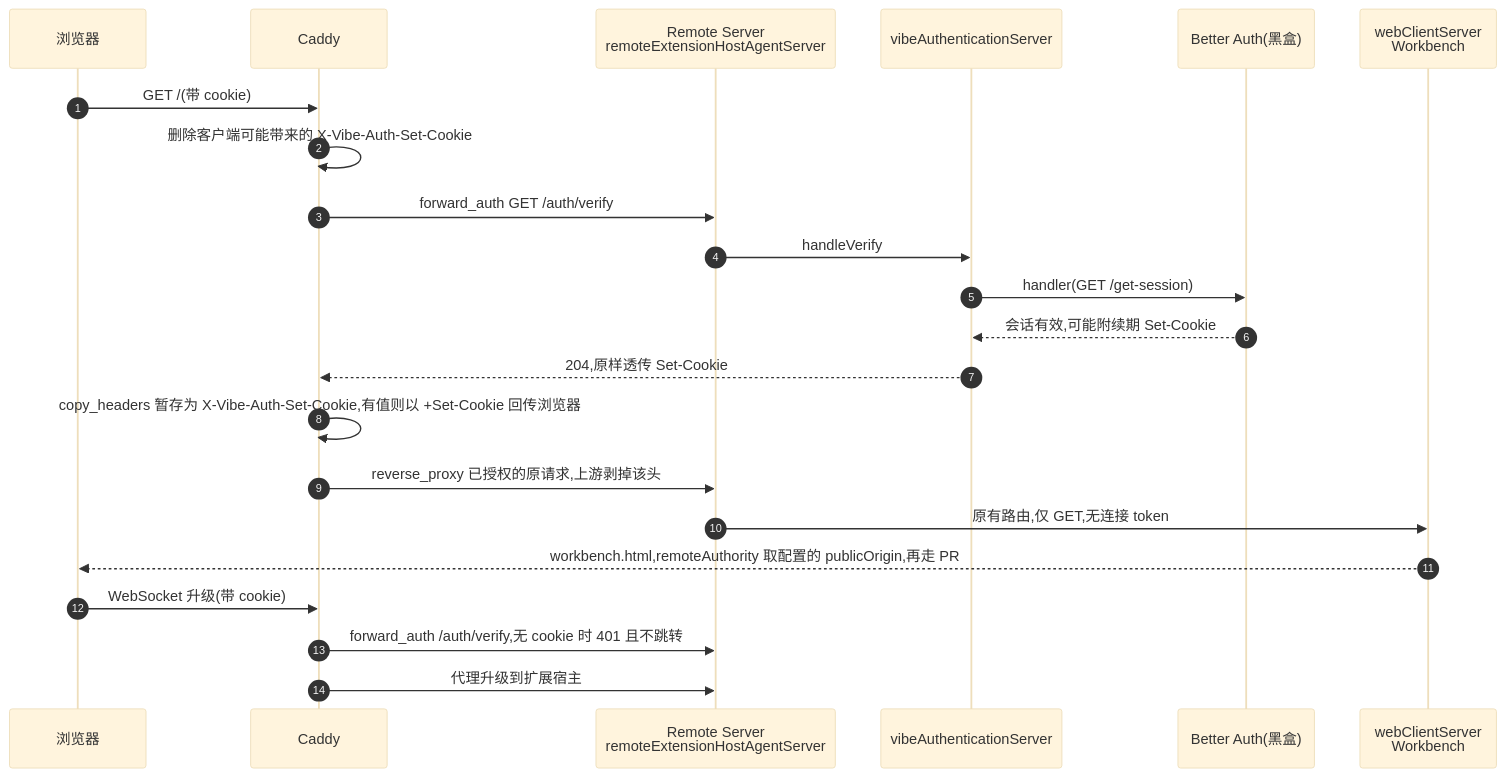
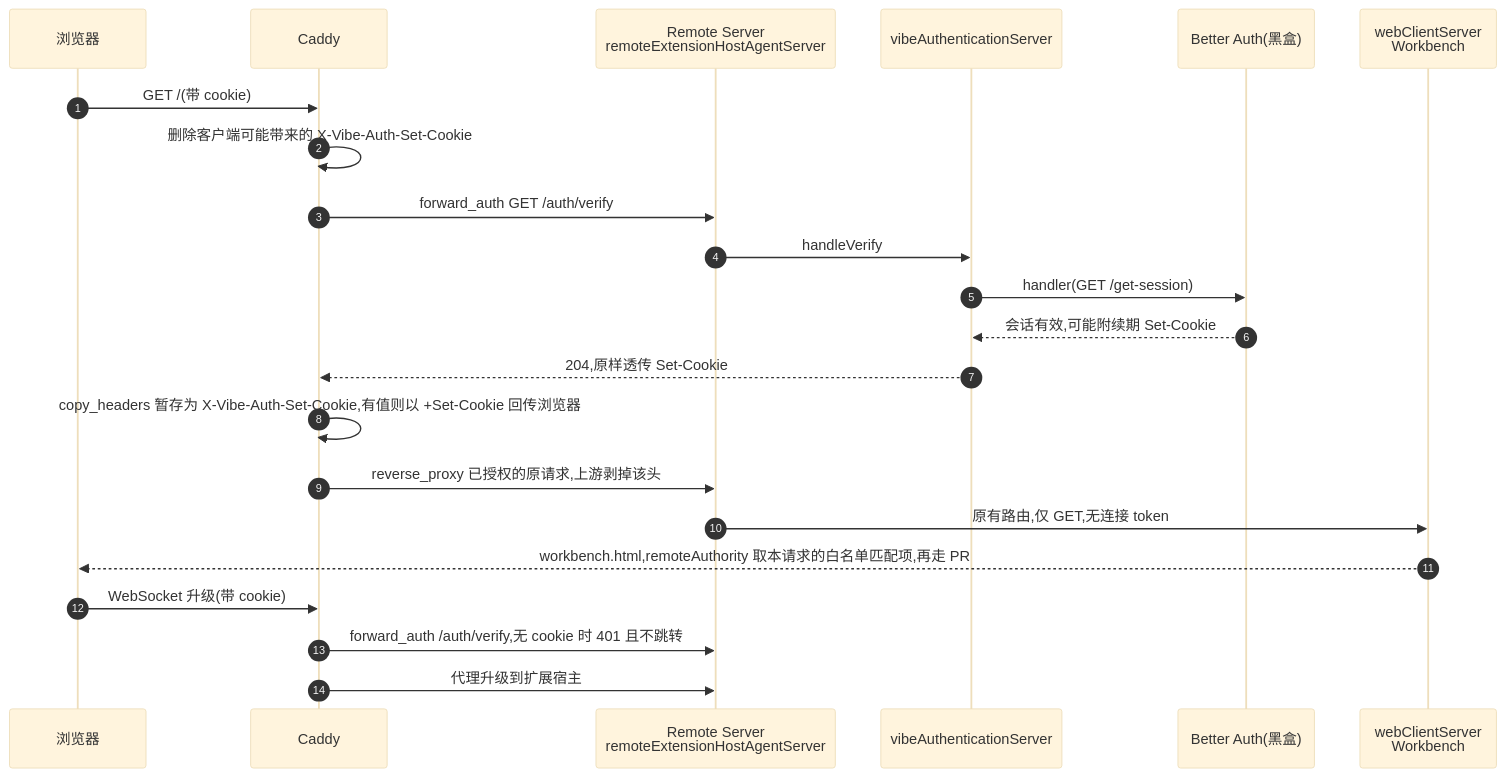
One commit to ActivePeter/vibe-vscode changed the ninth of 12 diagrams in vibe_vscode_doc/design/login_authentication.md. Above: the diagram before and after it, drawn with Mermaid (base theme). The commit also changed other lines of this file and 31 other files, not shown here.

````diff
--- a/vibe_vscode_doc/design/login_authentication.md
+++ b/vibe_vscode_doc/design/login_authentication.md
@@ -319,25 +327,25 @@
 ```mermaid
 sequenceDiagram
     autonumber
     participant Browser as 浏览器
     participant Caddy as Caddy
     participant Remote as Remote Server<br/>remoteExtensionHostAgentServer
     participant AuthSrv as vibeAuthenticationServer
     participant BA as Better Auth(黑盒)
     participant Web as webClientServer<br/>Workbench
 
     Browser->>Caddy: GET /(带 cookie)
     Caddy->>Caddy: 删除客户端可能带来的 X-Vibe-Auth-Set-Cookie
     Caddy->>Remote: forward_auth GET /auth/verify
     Remote->>AuthSrv: handleVerify
     AuthSrv->>BA: handler(GET /get-session)
     BA-->>AuthSrv: 会话有效,可能附续期 Set-Cookie
     AuthSrv-->>Caddy: 204,原样透传 Set-Cookie
     Caddy->>Caddy: copy_headers 暂存为 X-Vibe-Auth-Set-Cookie,有值则以 +Set-Cookie 回传浏览器
     Caddy->>Remote: reverse_proxy 已授权的原请求,上游剥掉该头
     Remote->>Web: 原有路由,仅 GET,无连接 token
-    Web-->>Browser: workbench.html,remoteAuthority 取配置的 publicOrigin,再走 PR #14 的分块缓存启动
+    Web-->>Browser: workbench.html,remoteAuthority 取本请求的白名单匹配项,再走 PR #14 的分块缓存启动
     Browser->>Caddy: WebSocket 升级(带 cookie)
     Caddy->>Remote: forward_auth /auth/verify,无 cookie 时 401 且不跳转
     Caddy->>Remote: 代理升级到扩展宿主
 ```
````
